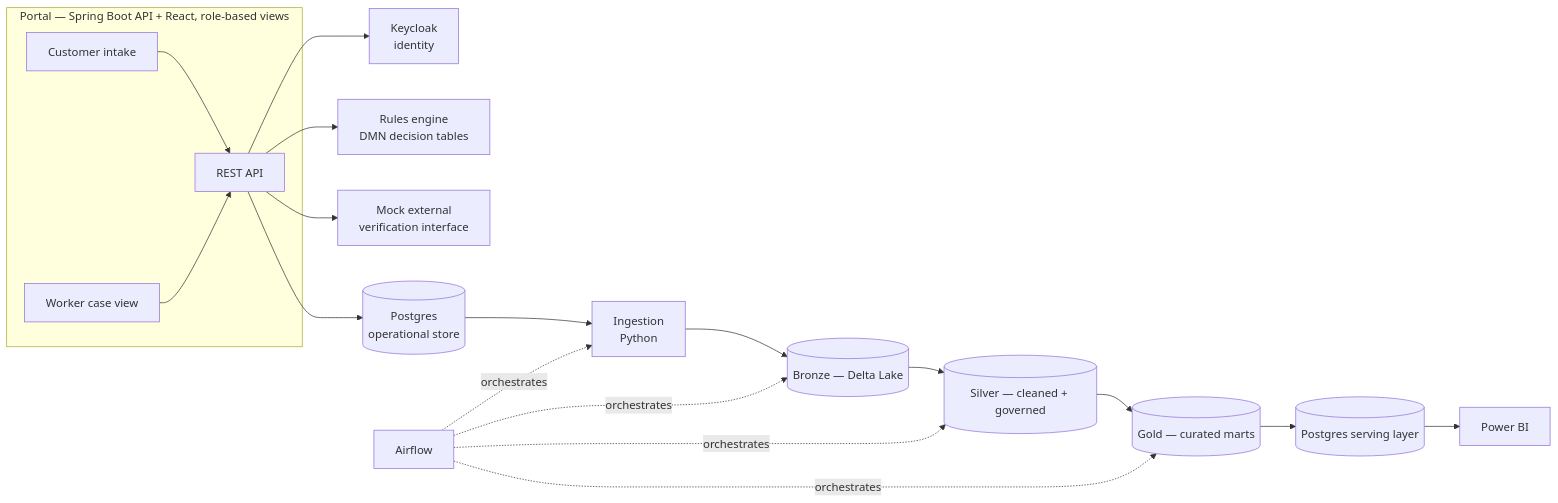
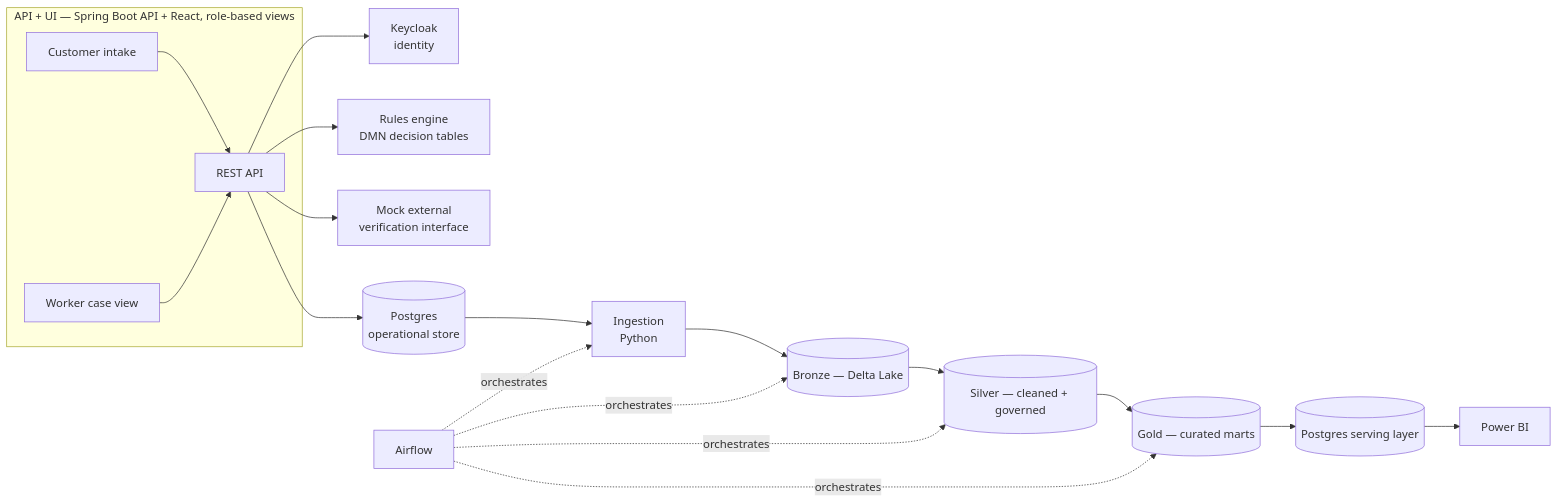
Before and after one commit to bsreecharanreddy/canopica: the first of 3 diagrams in docs/design/2026-08-21-full-system-and-phased-roadmap.md, drawn with Mermaid. The commit also changed other lines of this file and 368 other files, not shown here.

First line of the commit message:
Rename portal to api/ui across the monorepo

````diff
--- a/docs/design/2026-08-21-full-system-and-phased-roadmap.md
+++ b/docs/design/2026-08-21-full-system-and-phased-roadmap.md
@@ -53,21 +53,21 @@
 ```mermaid
 flowchart LR
-    subgraph Portal["Portal — Spring Boot API + React, role-based views"]
+    subgraph App["API + UI — Spring Boot API + React, role-based views"]
         CP[Customer intake] --> API[REST API]
         WP[Worker case view] --> API
     end
     API --> KC[Keycloak\nidentity]
     API --> RE[Rules engine\nDMN decision tables]
     API --> EXT[Mock external\nverification interface]
     API --> OPDB[(Postgres\noperational store)]
     OPDB --> ING[Ingestion\nPython]
     ING --> BRONZE[(Bronze — Delta Lake)]
     BRONZE --> SILVER[(Silver — cleaned + governed)]
     SILVER --> GOLD[(Gold — curated marts)]
     GOLD --> SERVE[(Postgres serving layer)]
     SERVE --> PBI[Power BI]
     AF[Airflow] -. orchestrates .-> ING
     AF -. orchestrates .-> BRONZE
     AF -. orchestrates .-> SILVER
     AF -. orchestrates .-> GOLD
 ```
````
